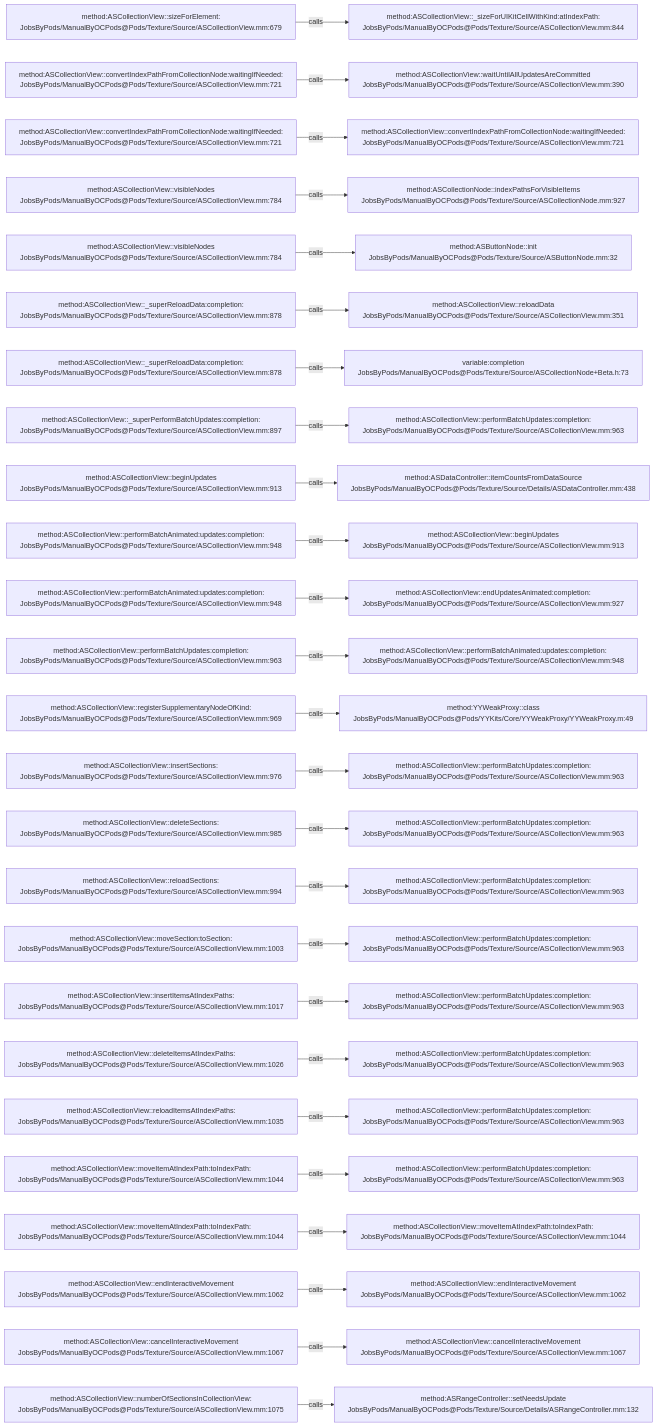
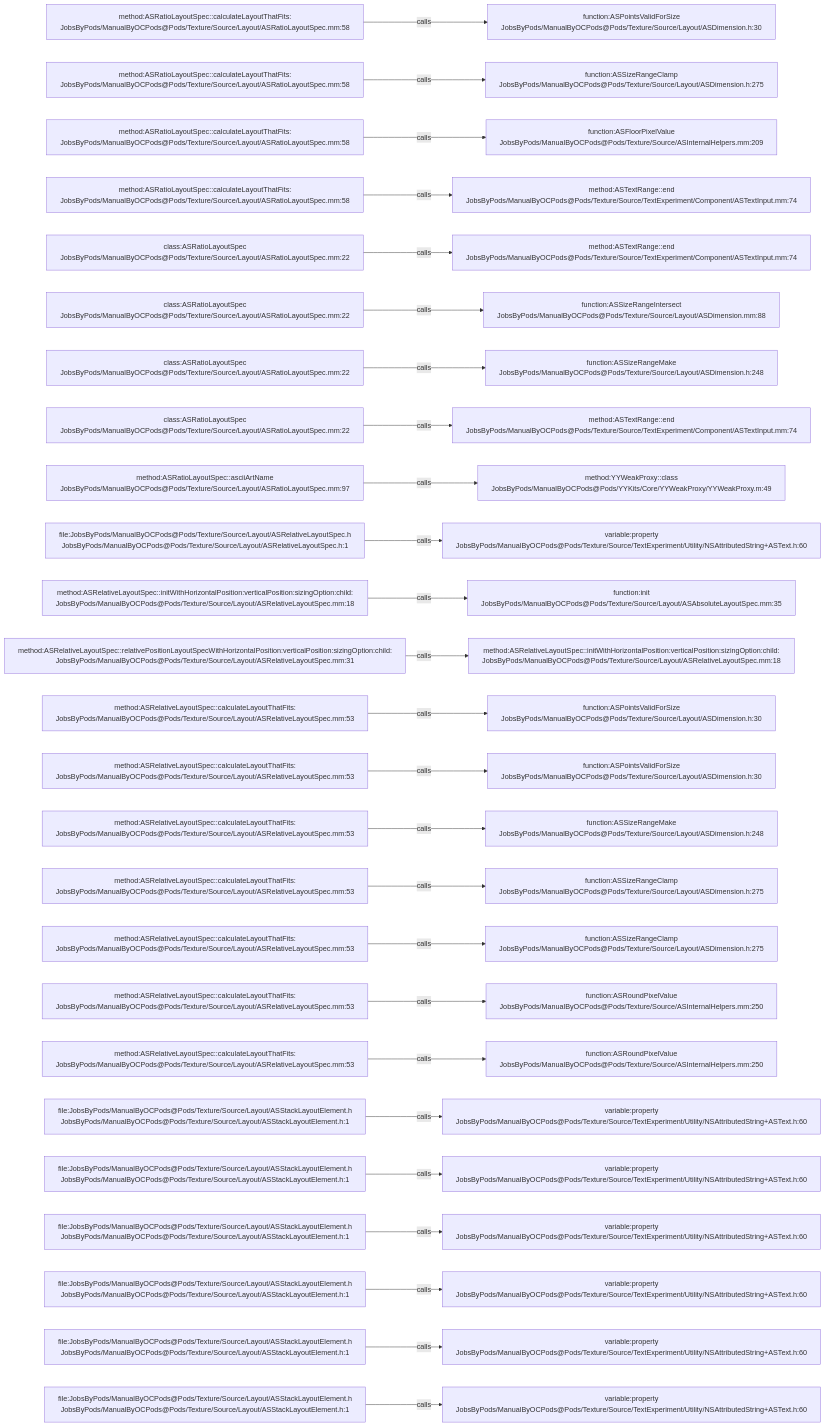
One commit to JobsKits/JobsOCBaseConfigDemo changed the diagram in .codegraph/codegraph.md/graphs/calls-190.md. Above: the diagram before and after it, drawn with Mermaid. The commit also changed 2162 other files, not shown here.

````diff
--- a/.codegraph/codegraph.md/graphs/calls-190.md
+++ b/.codegraph/codegraph.md/graphs/calls-190.md
@@ -13,78 +13,78 @@
 ```mermaid
 flowchart LR
-  S1["method:ASCollectionView::sizeForElement:<br/>JobsByPods/ManualByOCPods@Pods/Texture/Source/ASCollectionView.mm:679"]
-  T1["method:ASCollectionView::_sizeForUIKitCellWithKind:atIndexPath:<br/>JobsByPods/ManualByOCPods@Pods/Texture/Source/ASCollectionView.mm:844"]
+  S1["method:ASRatioLayoutSpec::calculateLayoutThatFits:<br/>JobsByPods/ManualByOCPods@Pods/Texture/Source/Layout/ASRatioLayoutSpec.mm:58"]
+  T1["function:ASPointsValidForSize<br/>JobsByPods/ManualByOCPods@Pods/Texture/Source/Layout/ASDimension.h:30"]
   S1 -->|calls| T1
-  S2["method:ASCollectionView::convertIndexPathFromCollectionNode:waitingIfNeeded:<br/>JobsByPods/ManualByOCPods@Pods/Texture/Source/ASCollectionView.mm:721"]
-  T2["method:ASCollectionView::waitUntilAllUpdatesAreCommitted<br/>JobsByPods/ManualByOCPods@Pods/Texture/Source/ASCollectionView.mm:390"]
+  S2["method:ASRatioLayoutSpec::calculateLayoutThatFits:<br/>JobsByPods/ManualByOCPods@Pods/Texture/Source/Layout/ASRatioLayoutSpec.mm:58"]
+  T2["function:ASSizeRangeClamp<br/>JobsByPods/ManualByOCPods@Pods/Texture/Source/Layout/ASDimension.h:275"]
   S2 -->|calls| T2
-  S3["method:ASCollectionView::convertIndexPathFromCollectionNode:waitingIfNeeded:<br/>JobsByPods/ManualByOCPods@Pods/Texture/Source/ASCollectionView.mm:721"]
-  T3["method:ASCollectionView::convertIndexPathFromCollectionNode:waitingIfNeeded:<br/>JobsByPods/ManualByOCPods@Pods/Texture/Source/ASCollectionView.mm:721"]
+  S3["method:ASRatioLayoutSpec::calculateLayoutThatFits:<br/>JobsByPods/ManualByOCPods@Pods/Texture/Source/Layout/ASRatioLayoutSpec.mm:58"]
+  T3["function:ASFloorPixelValue<br/>JobsByPods/ManualByOCPods@Pods/Texture/Source/ASInternalHelpers.mm:209"]
   S3 -->|calls| T3
-  S4["method:ASCollectionView::visibleNodes<br/>JobsByPods/ManualByOCPods@Pods/Texture/Source/ASCollectionView.mm:784"]
-  T4["method:ASCollectionNode::indexPathsForVisibleItems<br/>JobsByPods/ManualByOCPods@Pods/Texture/Source/ASCollectionNode.mm:927"]
+  S4["method:ASRatioLayoutSpec::calculateLayoutThatFits:<br/>JobsByPods/ManualByOCPods@Pods/Texture/Source/Layout/ASRatioLayoutSpec.mm:58"]
+  T4["method:ASTextRange::end<br/>JobsByPods/ManualByOCPods@Pods/Texture/Source/TextExperiment/Component/ASTextInput.mm:74"]
   S4 -->|calls| T4
-  S5["method:ASCollectionView::visibleNodes<br/>JobsByPods/ManualByOCPods@Pods/Texture/Source/ASCollectionView.mm:784"]
-  T5["method:ASButtonNode::init<br/>JobsByPods/ManualByOCPods@Pods/Texture/Source/ASButtonNode.mm:32"]
+  S5["class:ASRatioLayoutSpec<br/>JobsByPods/ManualByOCPods@Pods/Texture/Source/Layout/ASRatioLayoutSpec.mm:22"]
+  T5["method:ASTextRange::end<br/>JobsByPods/ManualByOCPods@Pods/Texture/Source/TextExperiment/Component/ASTextInput.mm:74"]
   S5 -->|calls| T5
-  S6["method:ASCollectionView::_superReloadData:completion:<br/>JobsByPods/ManualByOCPods@Pods/Texture/Source/ASCollectionView.mm:878"]
-  T6["method:ASCollectionView::reloadData<br/>JobsByPods/ManualByOCPods@Pods/Texture/Source/ASCollectionView.mm:351"]
+  S6["class:ASRatioLayoutSpec<br/>JobsByPods/ManualByOCPods@Pods/Texture/Source/Layout/ASRatioLayoutSpec.mm:22"]
+  T6["function:ASSizeRangeIntersect<br/>JobsByPods/ManualByOCPods@Pods/Texture/Source/Layout/ASDimension.mm:88"]
   S6 -->|calls| T6
-  S7["method:ASCollectionView::_superReloadData:completion:<br/>JobsByPods/ManualByOCPods@Pods/Texture/Source/ASCollectionView.mm:878"]
-  T7["variable:completion<br/>JobsByPods/ManualByOCPods@Pods/Texture/Source/ASCollectionNode+Beta.h:73"]
+  S7["class:ASRatioLayoutSpec<br/>JobsByPods/ManualByOCPods@Pods/Texture/Source/Layout/ASRatioLayoutSpec.mm:22"]
+  T7["function:ASSizeRangeMake<br/>JobsByPods/ManualByOCPods@Pods/Texture/Source/Layout/ASDimension.h:248"]
   S7 -->|calls| T7
-  S8["method:ASCollectionView::_superPerformBatchUpdates:completion:<br/>JobsByPods/ManualByOCPods@Pods/Texture/Source/ASCollectionView.mm:897"]
-  T8["method:ASCollectionView::performBatchUpdates:completion:<br/>JobsByPods/ManualByOCPods@Pods/Texture/Source/ASCollectionView.mm:963"]
+  S8["class:ASRatioLayoutSpec<br/>JobsByPods/ManualByOCPods@Pods/Texture/Source/Layout/ASRatioLayoutSpec.mm:22"]
+  T8["method:ASTextRange::end<br/>JobsByPods/ManualByOCPods@Pods/Texture/Source/TextExperiment/Component/ASTextInput.mm:74"]
   S8 -->|calls| T8
-  S9["method:ASCollectionView::beginUpdates<br/>JobsByPods/ManualByOCPods@Pods/Texture/Source/ASCollectionView.mm:913"]
-  T9["method:ASDataController::itemCountsFromDataSource<br/>JobsByPods/ManualByOCPods@Pods/Texture/Source/Details/ASDataController.mm:438"]
+  S9["method:ASRatioLayoutSpec::asciiArtName<br/>JobsByPods/ManualByOCPods@Pods/Texture/Source/Layout/ASRatioLayoutSpec.mm:97"]
+  T9["method:YYWeakProxy::class<br/>JobsByPods/ManualByOCPods@Pods/YYKits/Core/YYWeakProxy/YYWeakProxy.m:49"]
   S9 -->|calls| T9
-  S10["method:ASCollectionView::performBatchAnimated:updates:completion:<br/>JobsByPods/ManualByOCPods@Pods/Texture/Source/ASCollectionView.mm:948"]
-  T10["method:ASCollectionView::beginUpdates<br/>JobsByPods/ManualByOCPods@Pods/Texture/Source/ASCollectionView.mm:913"]
+  S10["file:JobsByPods/ManualByOCPods@Pods/Texture/Source/Layout/ASRelativeLayoutSpec.h<br/>JobsByPods/ManualByOCPods@Pods/Texture/Source/Layout/ASRelativeLayoutSpec.h:1"]
+  T10["variable:property<br/>JobsByPods/ManualByOCPods@Pods/Texture/Source/TextExperiment/Utility/NSAttributedString+ASText.h:60"]
   S10 -->|calls| T10
-  S11["method:ASCollectionView::performBatchAnimated:updates:completion:<br/>JobsByPods/ManualByOCPods@Pods/Texture/Source/ASCollectionView.mm:948"]
-  T11["method:ASCollectionView::endUpdatesAnimated:completion:<br/>JobsByPods/ManualByOCPods@Pods/Texture/Source/ASCollectionView.mm:927"]
+  S11["method:ASRelativeLayoutSpec::initWithHorizontalPosition:verticalPosition:sizingOption:child:<br/>JobsByPods/ManualByOCPods@Pods/Texture/Source/Layout/ASRelativeLayoutSpec.mm:18"]
+  T11["function:init<br/>JobsByPods/ManualByOCPods@Pods/Texture/Source/Layout/ASAbsoluteLayoutSpec.mm:35"]
   S11 -->|calls| T11
-  S12["method:ASCollectionView::performBatchUpdates:completion:<br/>JobsByPods/ManualByOCPods@Pods/Texture/Source/ASCollectionView.mm:963"]
-  T12["method:ASCollectionView::performBatchAnimated:updates:completion:<br/>JobsByPods/ManualByOCPods@Pods/Texture/Source/ASCollectionView.mm:948"]
+  S12["method:ASRelativeLayoutSpec::relativePositionLayoutSpecWithHorizontalPosition:verticalPosition:sizingOption:child:<br/>JobsByPods/ManualByOCPods@Pods/Texture/Source/Layout/ASRelativeLayoutSpec.mm:31"]
+  T12["method:ASRelativeLayoutSpec::initWithHorizontalPosition:verticalPosition:sizingOption:child:<br/>JobsByPods/ManualByOCPods@Pods/Texture/Source/Layout/ASRelativeLayoutSpec.mm:18"]
   S12 -->|calls| T12
-  S13["method:ASCollectionView::registerSupplementaryNodeOfKind:<br/>JobsByPods/ManualByOCPods@Pods/Texture/Source/ASCollectionView.mm:969"]
-  T13["method:YYWeakProxy::class<br/>JobsByPods/ManualByOCPods@Pods/YYKits/Core/YYWeakProxy/YYWeakProxy.m:49"]
+  S13["method:ASRelativeLayoutSpec::calculateLayoutThatFits:<br/>JobsByPods/ManualByOCPods@Pods/Texture/Source/Layout/ASRelativeLayoutSpec.mm:53"]
+  T13["function:ASPointsValidForSize<br/>JobsByPods/ManualByOCPods@Pods/Texture/Source/Layout/ASDimension.h:30"]
   S13 -->|calls| T13
-  S14["method:ASCollectionView::insertSections:<br/>JobsByPods/ManualByOCPods@Pods/Texture/Source/ASCollectionView.mm:976"]
-  T14["method:ASCollectionView::performBatchUpdates:completion:<br/>JobsByPods/ManualByOCPods@Pods/Texture/Source/ASCollectionView.mm:963"]
+  S14["method:ASRelativeLayoutSpec::calculateLayoutThatFits:<br/>JobsByPods/ManualByOCPods@Pods/Texture/Source/Layout/ASRelativeLayoutSpec.mm:53"]
+  T14["function:ASPointsValidForSize<br/>JobsByPods/ManualByOCPods@Pods/Texture/Source/Layout/ASDimension.h:30"]
   S14 -->|calls| T14
-  S15["method:ASCollectionView::deleteSections:<br/>JobsByPods/ManualByOCPods@Pods/Texture/Source/ASCollectionView.mm:985"]
-  T15["method:ASCollectionView::performBatchUpdates:completion:<br/>JobsByPods/ManualByOCPods@Pods/Texture/Source/ASCollectionView.mm:963"]
+  S15["method:ASRelativeLayoutSpec::calculateLayoutThatFits:<br/>JobsByPods/ManualByOCPods@Pods/Texture/Source/Layout/ASRelativeLayoutSpec.mm:53"]
+  T15["function:ASSizeRangeMake<br/>JobsByPods/ManualByOCPods@Pods/Texture/Source/Layout/ASDimension.h:248"]
   S15 -->|calls| T15
-  S16["method:ASCollectionView::reloadSections:<br/>JobsByPods/ManualByOCPods@Pods/Texture/Source/ASCollectionView.mm:994"]
-  T16["method:ASCollectionView::performBatchUpdates:completion:<br/>JobsByPods/ManualByOCPods@Pods/Texture/Source/ASCollectionView.mm:963"]
+  S16["method:ASRelativeLayoutSpec::calculateLayoutThatFits:<br/>JobsByPods/ManualByOCPods@Pods/Texture/Source/Layout/ASRelativeLayoutSpec.mm:53"]
+  T16["function:ASSizeRangeClamp<br/>JobsByPods/ManualByOCPods@Pods/Texture/Source/Layout/ASDimension.h:275"]
   S16 -->|calls| T16
-  S17["method:ASCollectionView::moveSection:toSection:<br/>JobsByPods/ManualByOCPods@Pods/Texture/Source/ASCollectionView.mm:1003"]
-  T17["method:ASCollectionView::performBatchUpdates:completion:<br/>JobsByPods/ManualByOCPods@Pods/Texture/Source/ASCollectionView.mm:963"]
+  S17["method:ASRelativeLayoutSpec::calculateLayoutThatFits:<br/>JobsByPods/ManualByOCPods@Pods/Texture/Source/Layout/ASRelativeLayoutSpec.mm:53"]
+  T17["function:ASSizeRangeClamp<br/>JobsByPods/ManualByOCPods@Pods/Texture/Source/Layout/ASDimension.h:275"]
   S17 -->|calls| T17
-  S18["method:ASCollectionView::insertItemsAtIndexPaths:<br/>JobsByPods/ManualByOCPods@Pods/Texture/Source/ASCollectionView.mm:1017"]
-  T18["method:ASCollectionView::performBatchUpdates:completion:<br/>JobsByPods/ManualByOCPods@Pods/Texture/Source/ASCollectionView.mm:963"]
+  S18["method:ASRelativeLayoutSpec::calculateLayoutThatFits:<br/>JobsByPods/ManualByOCPods@Pods/Texture/Source/Layout/ASRelativeLayoutSpec.mm:53"]
+  T18["function:ASRoundPixelValue<br/>JobsByPods/ManualByOCPods@Pods/Texture/Source/ASInternalHelpers.mm:250"]
   S18 -->|calls| T18
-  S19["method:ASCollectionView::deleteItemsAtIndexPaths:<br/>JobsByPods/ManualByOCPods@Pods/Texture/Source/ASCollectionView.mm:1026"]
-  T19["method:ASCollectionView::performBatchUpdates:completion:<br/>JobsByPods/ManualByOCPods@Pods/Texture/Source/ASCollectionView.mm:963"]
+  S19["method:ASRelativeLayoutSpec::calculateLayoutThatFits:<br/>JobsByPods/ManualByOCPods@Pods/Texture/Source/Layout/ASRelativeLayoutSpec.mm:53"]
+  T19["function:ASRoundPixelValue<br/>JobsByPods/ManualByOCPods@Pods/Texture/Source/ASInternalHelpers.mm:250"]
   S19 -->|calls| T19
-  S20["method:ASCollectionView::reloadItemsAtIndexPaths:<br/>JobsByPods/ManualByOCPods@Pods/Texture/Source/ASCollectionView.mm:1035"]
-  T20["method:ASCollectionView::performBatchUpdates:completion:<br/>JobsByPods/ManualByOCPods@Pods/Texture/Source/ASCollectionView.mm:963"]
+  S20["file:JobsByPods/ManualByOCPods@Pods/Texture/Source/Layout/ASStackLayoutElement.h<br/>JobsByPods/ManualByOCPods@Pods/Texture/Source/Layout/ASStackLayoutElement.h:1"]
+  T20["variable:property<br/>JobsByPods/ManualByOCPods@Pods/Texture/Source/TextExperiment/Utility/NSAttributedString+ASText.h:60"]
   S20 -->|calls| T20
-  S21["method:ASCollectionView::moveItemAtIndexPath:toIndexPath:<br/>JobsByPods/ManualByOCPods@Pods/Texture/Source/ASCollectionView.mm:1044"]
-  T21["method:ASCollectionView::performBatchUpdates:completion:<br/>JobsByPods/ManualByOCPods@Pods/Texture/Source/ASCollectionView.mm:963"]
+  S21["file:JobsByPods/ManualByOCPods@Pods/Texture/Source/Layout/ASStackLayoutElement.h<br/>JobsByPods/ManualByOCPods@Pods/Texture/Source/Layout/ASStackLayoutElement.h:1"]
+  T21["variable:property<br/>JobsByPods/ManualByOCPods@Pods/Texture/Source/TextExperiment/Utility/NSAttributedString+ASText.h:60"]
   S21 -->|calls| T21
-  S22["method:ASCollectionView::moveItemAtIndexPath:toIndexPath:<br/>JobsByPods/ManualByOCPods@Pods/Texture/Source/ASCollectionView.mm:1044"]
-  T22["method:ASCollectionView::moveItemAtIndexPath:toIndexPath:<br/>JobsByPods/ManualByOCPods@Pods/Texture/Source/ASCollectionView.mm:1044"]
+  S22["file:JobsByPods/ManualByOCPods@Pods/Texture/Source/Layout/ASStackLayoutElement.h<br/>JobsByPods/ManualByOCPods@Pods/Texture/Source/Layout/ASStackLayoutElement.h:1"]
+  T22["variable:property<br/>JobsByPods/ManualByOCPods@Pods/Texture/Source/TextExperiment/Utility/NSAttributedString+ASText.h:60"]
   S22 -->|calls| T22
-  S23["method:ASCollectionView::endInteractiveMovement<br/>JobsByPods/ManualByOCPods@Pods/Texture/Source/ASCollectionView.mm:1062"]
-  T23["method:ASCollectionView::endInteractiveMovement<br/>JobsByPods/ManualByOCPods@Pods/Texture/Source/ASCollectionView.mm:1062"]
+  S23["file:JobsByPods/ManualByOCPods@Pods/Texture/Source/Layout/ASStackLayoutElement.h<br/>JobsByPods/ManualByOCPods@Pods/Texture/Source/Layout/ASStackLayoutElement.h:1"]
+  T23["variable:property<br/>JobsByPods/ManualByOCPods@Pods/Texture/Source/TextExperiment/Utility/NSAttributedString+ASText.h:60"]
   S23 -->|calls| T23
-  S24["method:ASCollectionView::cancelInteractiveMovement<br/>JobsByPods/ManualByOCPods@Pods/Texture/Source/ASCollectionView.mm:1067"]
-  T24["method:ASCollectionView::cancelInteractiveMovement<br/>JobsByPods/ManualByOCPods@Pods/Texture/Source/ASCollectionView.mm:1067"]
+  S24["file:JobsByPods/ManualByOCPods@Pods/Texture/Source/Layout/ASStackLayoutElement.h<br/>JobsByPods/ManualByOCPods@Pods/Texture/Source/Layout/ASStackLayoutElement.h:1"]
+  T24["variable:property<br/>JobsByPods/ManualByOCPods@Pods/Texture/Source/TextExperiment/Utility/NSAttributedString+ASText.h:60"]
   S24 -->|calls| T24
-  S25["method:ASCollectionView::numberOfSectionsInCollectionView:<br/>JobsByPods/ManualByOCPods@Pods/Texture/Source/ASCollectionView.mm:1075"]
-  T25["method:ASRangeController::setNeedsUpdate<br/>JobsByPods/ManualByOCPods@Pods/Texture/Source/Details/ASRangeController.mm:132"]
+  S25["file:JobsByPods/ManualByOCPods@Pods/Texture/Source/Layout/ASStackLayoutElement.h<br/>JobsByPods/ManualByOCPods@Pods/Texture/Source/Layout/ASStackLayoutElement.h:1"]
+  T25["variable:property<br/>JobsByPods/ManualByOCPods@Pods/Texture/Source/TextExperiment/Utility/NSAttributedString+ASText.h:60"]
   S25 -->|calls| T25
 ```
````
